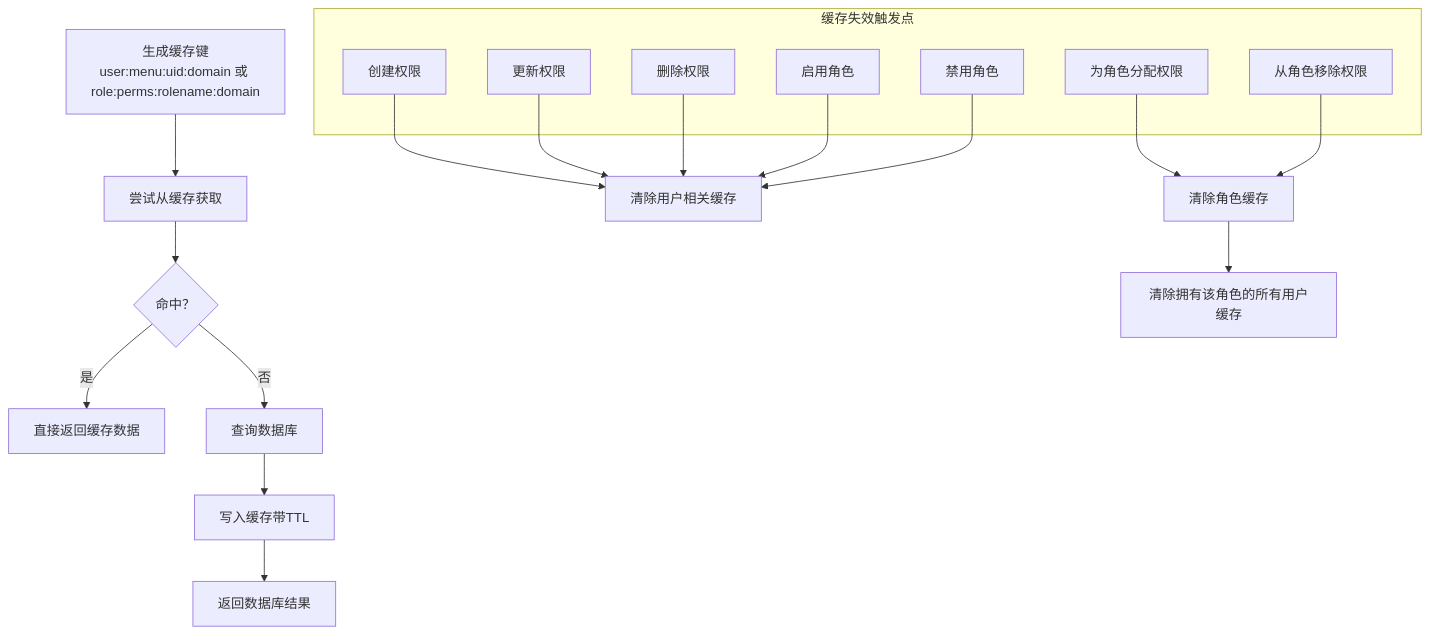
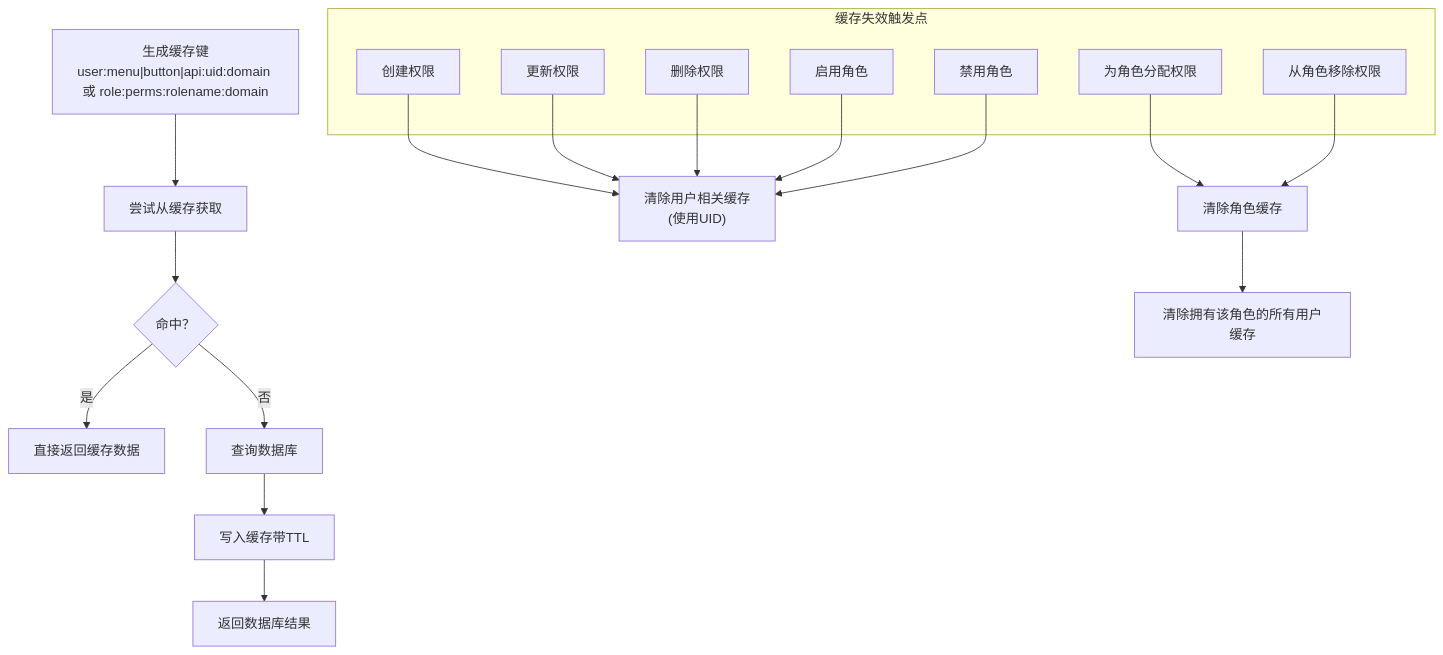
Before and after one commit to wuwuseo/e-sports-go-admin: the fifth of 6 diagrams in .qoder/repowiki/zh/content/核心模块/权限控制模块.md, drawn with Mermaid. The commit also changed other lines of this file and 42 other files, not shown here.

````diff
--- a/.qoder/repowiki/zh/content/核心模块/权限控制模块.md
+++ b/.qoder/repowiki/zh/content/核心模块/权限控制模块.md
@@ -225,26 +252,26 @@
 ```mermaid
 flowchart TD
-CacheKey["生成缓存键<br/>user:menu:uid:domain 或 role:perms:rolename:domain"] --> CacheGet["尝试从缓存获取"]
+CacheKey["生成缓存键<br/>user:menu|button|api:uid:domain 或 role:perms:rolename:domain"] --> CacheGet["尝试从缓存获取"]
 CacheGet --> CacheHit{"命中？"}
 CacheHit --> |是| ReturnCache["直接返回缓存数据"]
 CacheHit --> |否| QueryDB["查询数据库"]
 QueryDB --> WriteCache["写入缓存带TTL"]
 WriteCache --> ReturnDB["返回数据库结果"]
 subgraph "缓存失效触发点"
 CreatePerm["创建权限"]
 UpdatePerm["更新权限"]
 DeletePerm["删除权限"]
 AssignRole["为角色分配权限"]
 RemoveRole["从角色移除权限"]
 EnableRole["启用角色"]
 DisableRole["禁用角色"]
 end
-CreatePerm --> ClearUserCache["清除用户相关缓存"]
+CreatePerm --> ClearUserCache["清除用户相关缓存<br/>(使用UID)"]
 UpdatePerm --> ClearUserCache
 DeletePerm --> ClearUserCache
 AssignRole --> ClearRoleCache["清除角色缓存"]
 RemoveRole --> ClearRoleCache
 EnableRole --> ClearUserCache
 DisableRole --> ClearUserCache
 ClearRoleCache --> ClearAllUsers["清除拥有该角色的所有用户缓存"]
 ```
````
